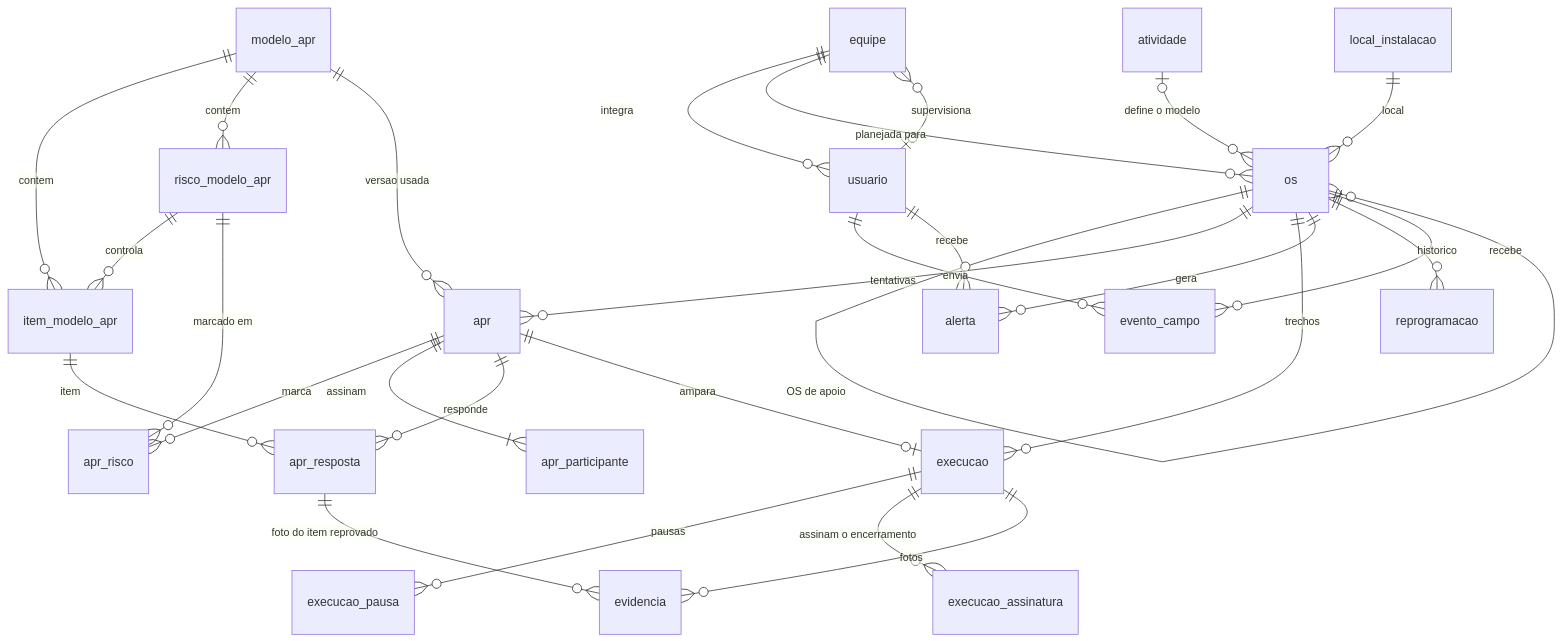
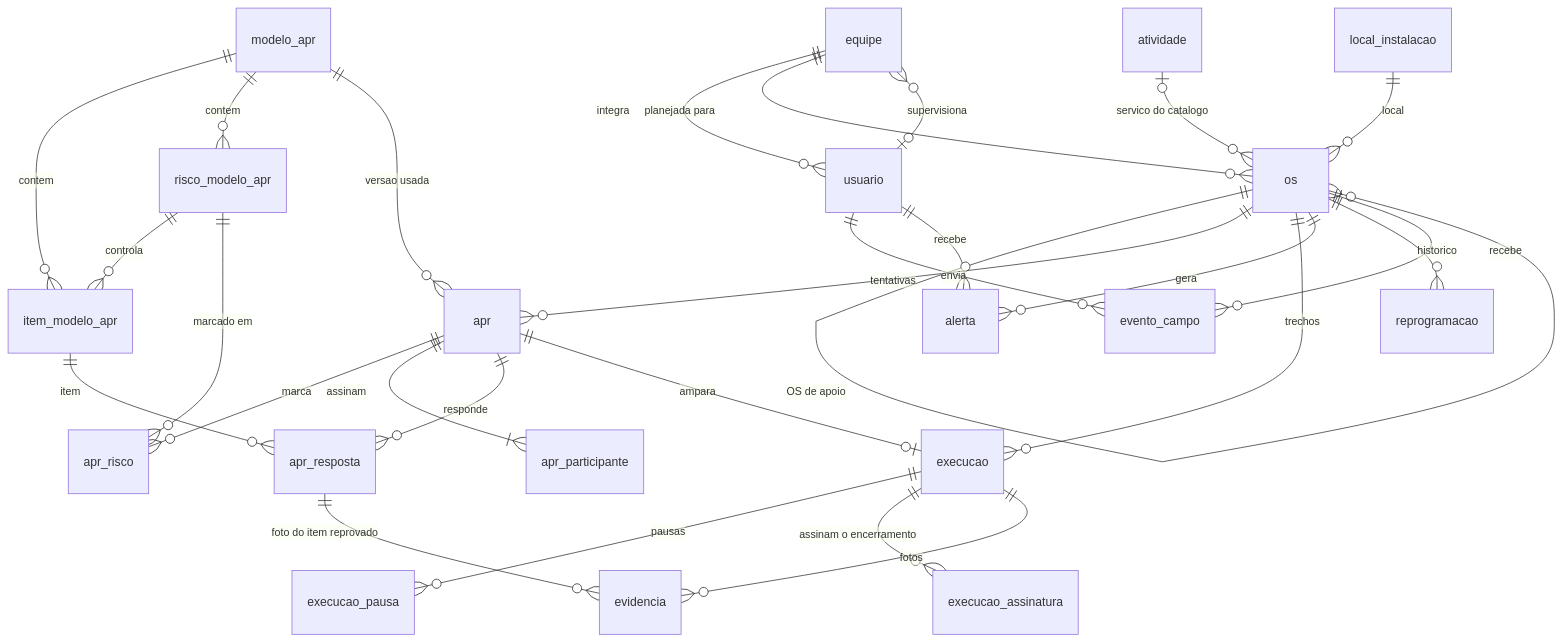
The diagram in api/db/README.md (RenanFelliphe/D.A.P.R.O.M), drawn with Mermaid before and after one commit. The commit also changed other lines of this file and 11 other files, not shown here.

````diff
--- a/api/db/README.md
+++ b/api/db/README.md
@@ -83,30 +84,30 @@
 ```mermaid
 erDiagram
   equipe ||--o{ usuario : "integra"
   usuario |o--o{ equipe : "supervisiona"
   equipe ||--o{ os : "planejada para"
-  atividade |o--o{ os : "define o modelo"
+  atividade |o--o{ os : "servico do catalogo"
   local_instalacao ||--o{ os : "local"
   os ||--o{ os : "OS de apoio"
   modelo_apr ||--o{ item_modelo_apr : contem
   modelo_apr ||--o{ risco_modelo_apr : contem
   risco_modelo_apr ||--o{ item_modelo_apr : controla
   risco_modelo_apr ||--o{ apr_risco : "marcado em"
   apr ||--o{ apr_risco : marca
   modelo_apr ||--o{ apr : "versao usada"
   os ||--o{ apr : "tentativas"
   apr ||--|{ apr_participante : assinam
   apr ||--o{ apr_resposta : responde
   item_modelo_apr ||--o{ apr_resposta : "item"
   apr ||--o| execucao : ampara
   os ||--o{ execucao : "trechos"
   execucao ||--o{ execucao_pausa : pausas
   execucao ||--o{ execucao_assinatura : "assinam o encerramento"
   execucao ||--o{ evidencia : fotos
   apr_resposta ||--o{ evidencia : "foto do item reprovado"
   os ||--o{ alerta : gera
   os ||--o{ reprogramacao : historico
   os ||--o{ evento_campo : recebe
   usuario ||--o{ evento_campo : envia
   usuario ||--o{ alerta : recebe
 ```
````
